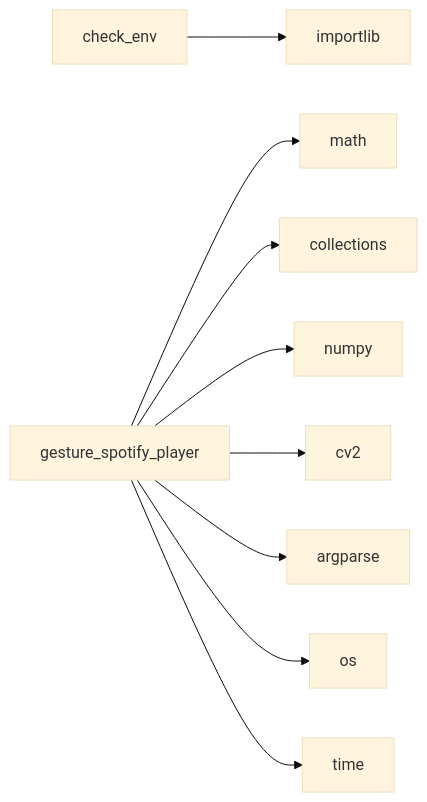
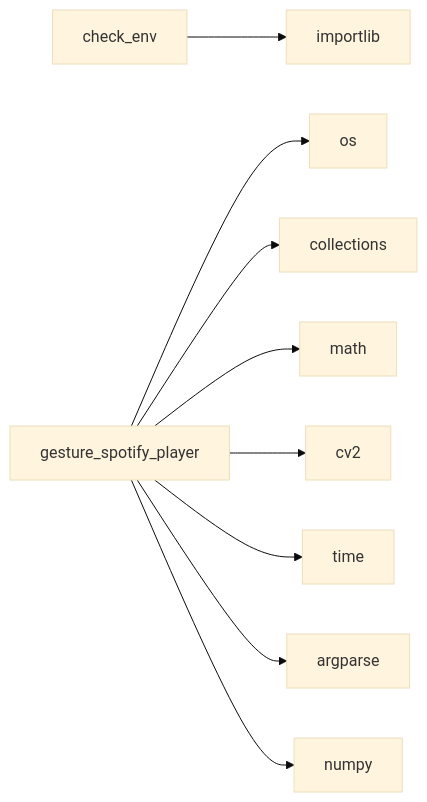
One commit to NITISH-R-G/PalmPlay1 changed the second of 2 diagrams in README.md. Above: the diagram before and after it, drawn with Mermaid (base theme). The commit also changed other lines of this file and 3 other files, not shown here.

Commit message:
docs: update repository documentation and diagrams [skip ci]

````diff
--- a/README.md
+++ b/README.md
@@ -60,15 +60,15 @@
 ```mermaid
 graph LR
     check_env[check_env]
     check_env --> importlib[importlib]
     gesture_spotify_player[gesture_spotify_player]
+    gesture_spotify_player --> os[os]
+    gesture_spotify_player --> collections[collections]
     gesture_spotify_player --> math[math]
-    gesture_spotify_player --> collections[collections]
+    gesture_spotify_player --> cv2[cv2]
+    gesture_spotify_player --> time[time]
+    gesture_spotify_player --> argparse[argparse]
     gesture_spotify_player --> numpy[numpy]
-    gesture_spotify_player --> cv2[cv2]
-    gesture_spotify_player --> argparse[argparse]
-    gesture_spotify_player --> os[os]
-    gesture_spotify_player --> time[time]
     click check_env href "https://github.com/NITISH-R-G/PalmPlay1/blob/main/check_env.py" "View source code"
     click gesture_spotify_player href "https://github.com/NITISH-R-G/PalmPlay1/blob/main/gesture_spotify_player.py" "View source code"
 ```
````
